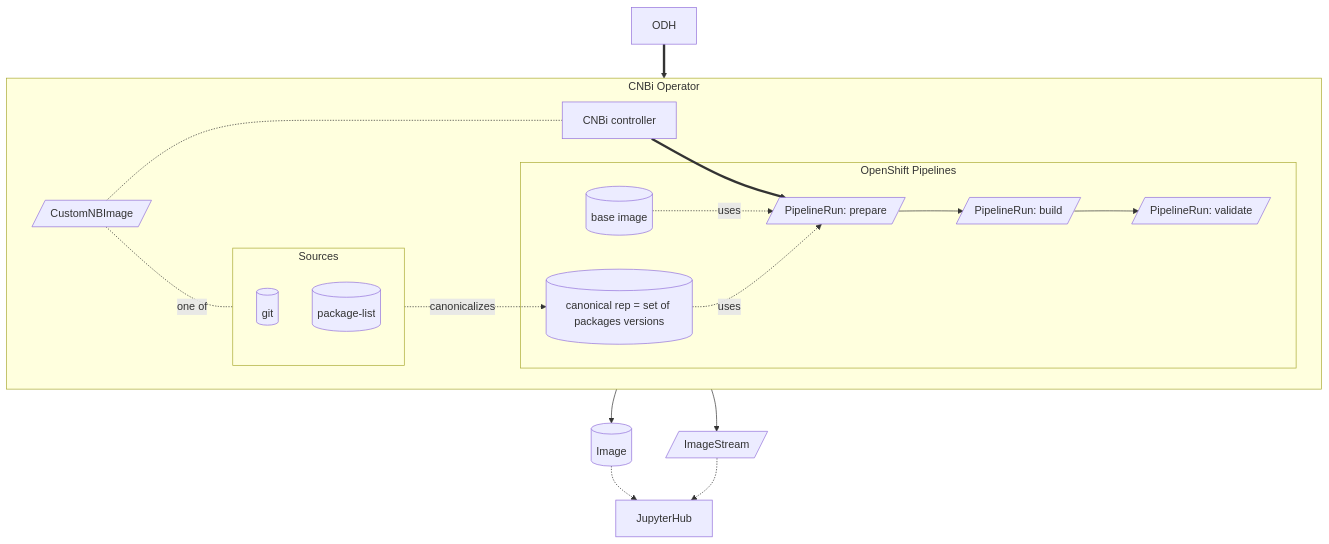
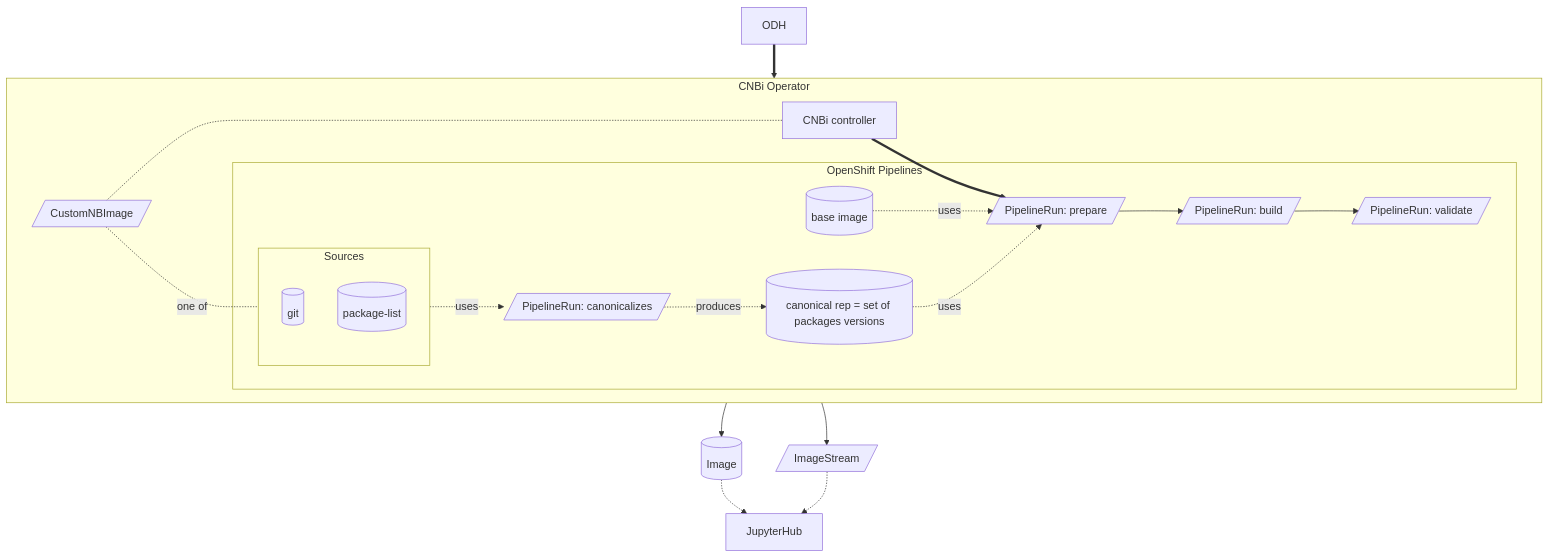
The second of 6 diagrams in README.md (thoth-station/opendatahub-cnbi), drawn with Mermaid before and after one commit.

Commit message:
New pipeline

````diff
--- a/README.md
+++ b/README.md
@@ -64,19 +64,19 @@
 ```mermaid
 flowchart TB
     O[ODH] ==> CR[/CustomNBImage/]
     subgraph CNBi Operator
         direction LR
         CR -.- C[CNBi controller] ==> PRprepare[/PipelineRun: prepare/]
         subgraph Sources
             S[(git)] & p[(package-list)]
         end
         CR -.one of.-Sources
-        Sources -.canonicalizes.-> Crep
         subgraph OpenShift Pipelines
+            Sources -.uses.-> PRcanon[/PipelineRun: canonicalizes/] -.produces.-> Crep
             B[(base image)] & Crep[(canonical rep = set of packages versions)] -.uses.-> PRprepare
             PRprepare --> PRbuild[/PipelineRun: build/]
             PRbuild --> PRvalidate[/PipelineRun: validate/]
         end
     end
     PRvalidate --> I[(Image)] & IS[/ImageStream/] -.-> JH[JupyterHub]
 ```
````
